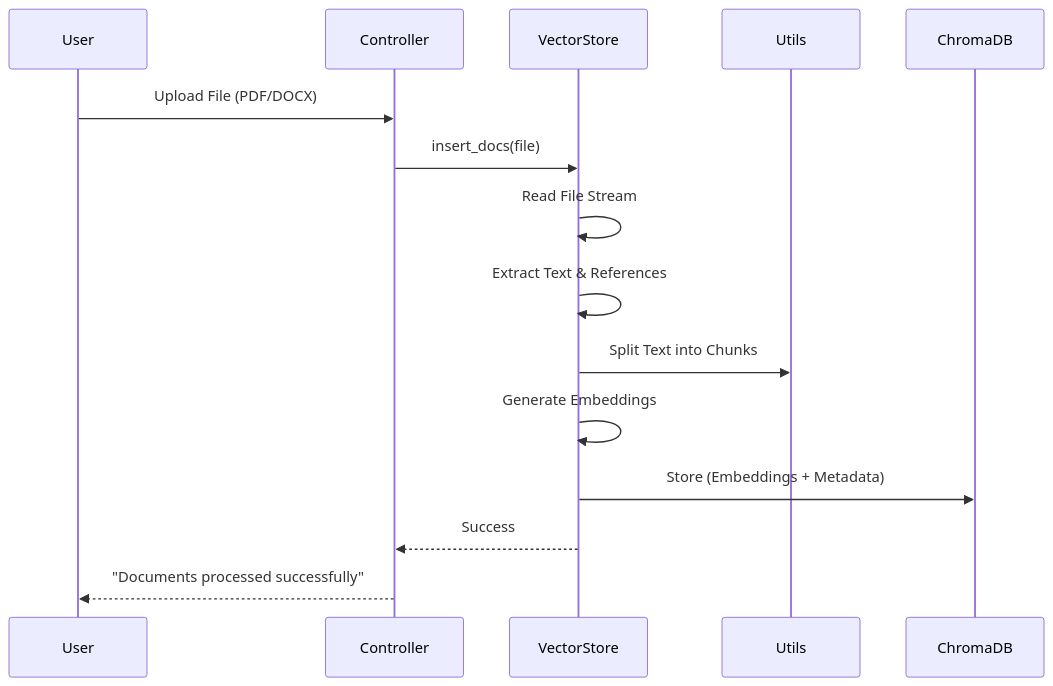
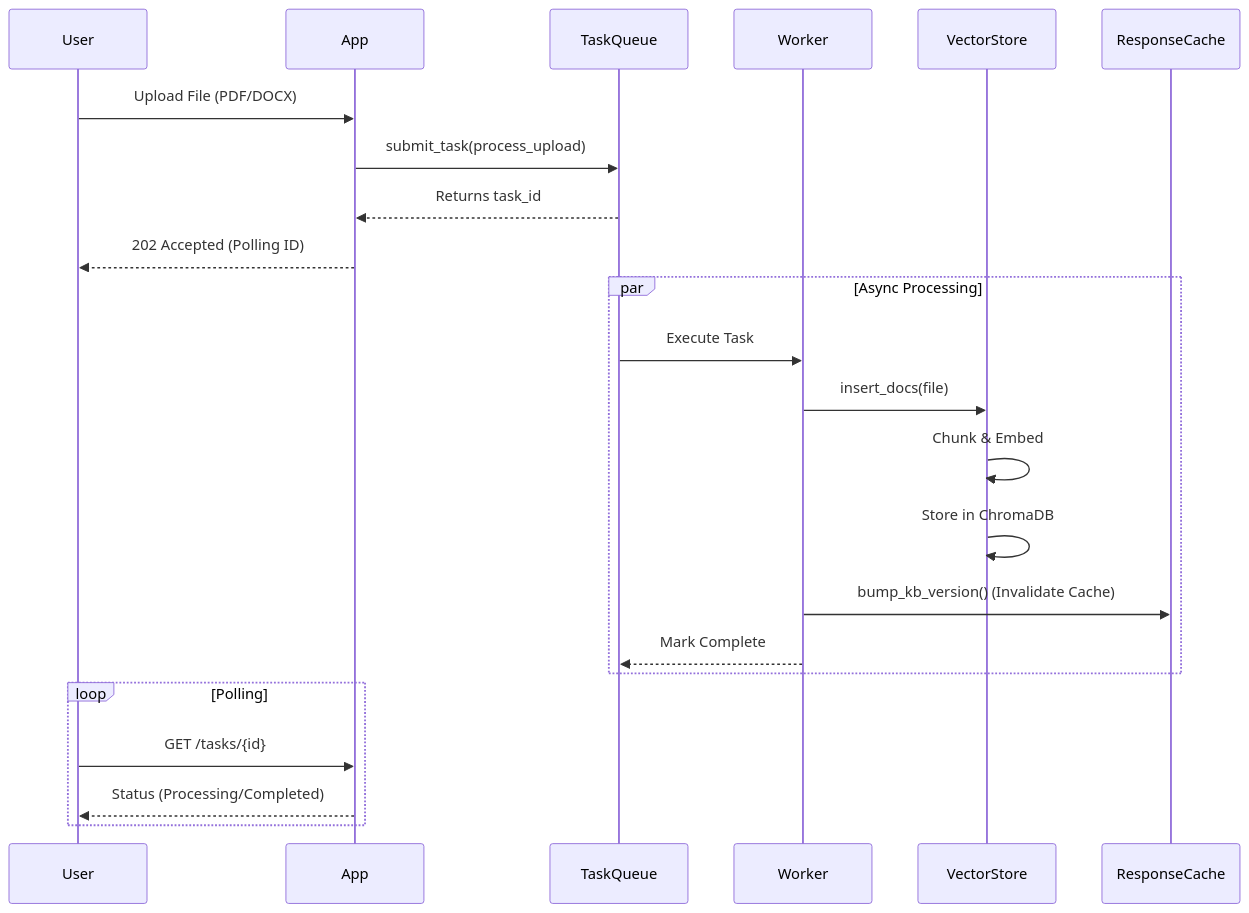
The second of 3 diagrams in README.md (imtiazNDMA/ResiliantGPT), drawn with Mermaid before and after one commit. The commit also changed other lines of this file, not shown here.

Commit message:
updated the readme.md file

````diff
--- a/README.md
+++ b/README.md
@@ -53,20 +60,28 @@
 ```mermaid
 sequenceDiagram
     participant User
-    participant Controller
+    participant App
+    participant TaskQueue
+    participant Worker
     participant VectorStore
-    participant Utils
-    participant ChromaDB
+    participant ResponseCache
 
-    User->>Controller: Upload File (PDF/DOCX)
-    Controller->>VectorStore: insert_docs(file)
-    VectorStore->>VectorStore: Read File Stream
-    VectorStore->>VectorStore: Extract Text & References
+    User->>App: Upload File (PDF/DOCX)
+    App->>TaskQueue: submit_task(process_upload)
+    TaskQueue-->>App: Returns task_id
+    App-->>User: 202 Accepted (Polling ID)
     
-    VectorStore->>Utils: Split Text into Chunks
-    VectorStore->>VectorStore: Generate Embeddings
-    VectorStore->>ChromaDB: Store (Embeddings + Metadata)
+    par Async Processing
+        TaskQueue->>Worker: Execute Task
+        Worker->>VectorStore: insert_docs(file)
+        VectorStore->>VectorStore: Chunk & Embed
+        VectorStore->>VectorStore: Store in ChromaDB
+        Worker->>ResponseCache: bump_kb_version() (Invalidate Cache)
+        Worker-->>TaskQueue: Mark Complete
+    end
     
-    VectorStore-->>Controller: Success
-    Controller-->>User: "Documents processed successfully"
+    loop Polling
+        User->>App: GET /tasks/{id}
+        App-->>User: Status (Processing/Completed)
+    end
 ```
````
